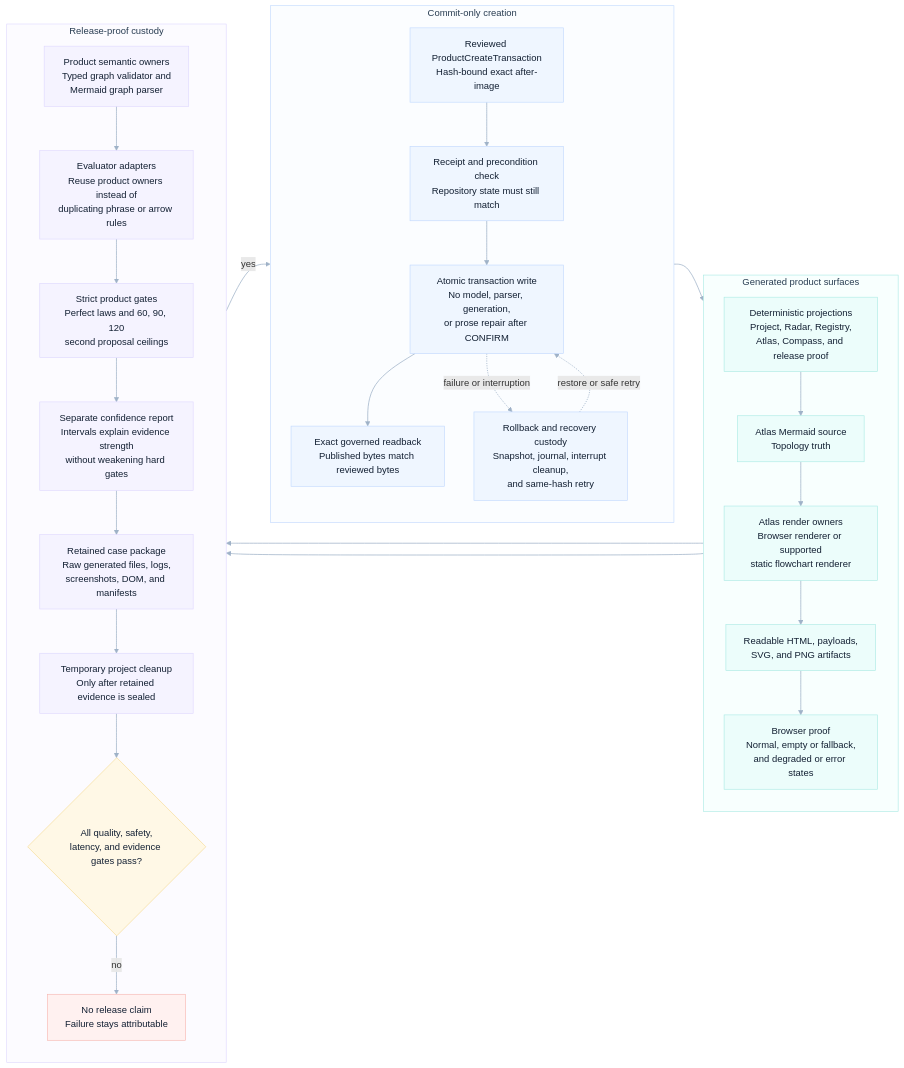
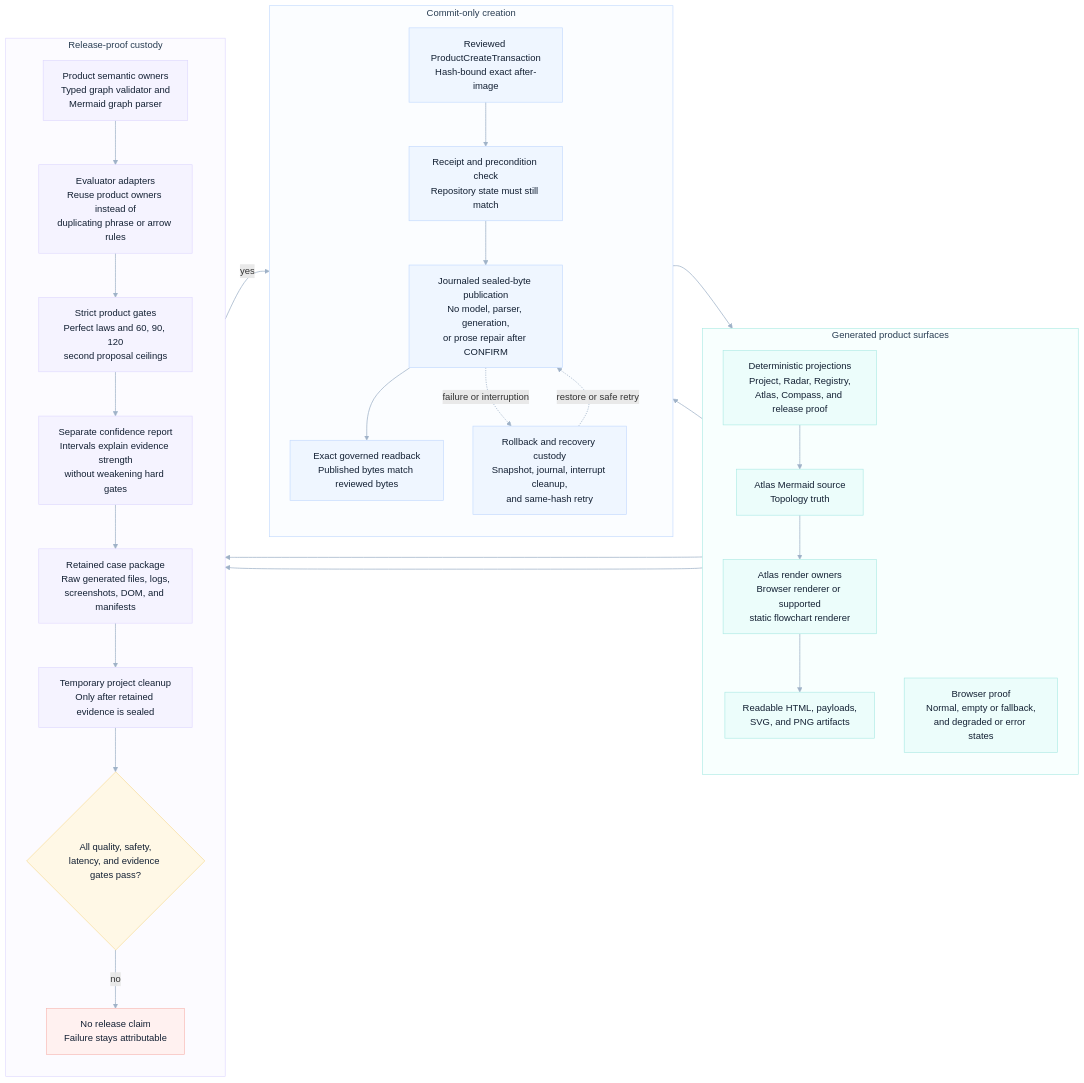
Before and after one commit to odylith/odylith: the diagram in odylith/atlas/source/greenfield-rendered-surface-and-static-atlas-custody.mmd, drawn with Mermaid. The commit also changed 138 other files, not shown here.

```diff
--- a/odylith/atlas/source/greenfield-rendered-surface-and-static-atlas-custody.mmd
+++ b/odylith/atlas/source/greenfield-rendered-surface-and-static-atlas-custody.mmd
@@ -1,56 +1,57 @@
 flowchart LR
     subgraph transaction_lane["Commit-only creation"]
       direction TB
       reviewed["Reviewed ProductCreateTransaction<br/>Hash-bound exact after-image"]
       preconditions["Receipt and precondition check<br/>Repository state must still match"]
-      write["Atomic transaction write<br/>No model, parser, generation,<br/>or prose repair after CONFIRM"]
+      write["Journaled sealed-byte publication<br/>No model, parser, generation,<br/>or prose repair after CONFIRM"]
       recovery["Rollback and recovery custody<br/>Snapshot, journal, interrupt cleanup,<br/>and same-hash retry"]
       readback["Exact governed readback<br/>Published bytes match reviewed bytes"]
     end
 
     subgraph surface_lane["Generated product surfaces"]
       direction TB
       projections["Deterministic projections<br/>Project, Radar, Registry,<br/>Atlas, Compass, and release proof"]
       atlas_source["Atlas Mermaid source<br/>Topology truth"]
       atlas_render["Atlas render owners<br/>Browser renderer or supported<br/>static flowchart renderer"]
       surfaces["Readable HTML, payloads,<br/>SVG, and PNG artifacts"]
       browser["Browser proof<br/>Normal, empty or fallback,<br/>and degraded or error states"]
     end
 
     subgraph evidence_lane["Release-proof custody"]
       direction TB
       product_parser["Product semantic owners<br/>Typed graph validator and<br/>Mermaid graph parser"]
       evaluator["Evaluator adapters<br/>Reuse product owners instead of<br/>duplicating phrase or arrow rules"]
       strict_gate["Strict product gates<br/>Perfect laws and 60, 90, 120<br/>second proposal ceilings"]
       confidence["Separate confidence report<br/>Intervals explain evidence strength<br/>without weakening hard gates"]
       retain["Retained case package<br/>Raw generated files, logs,<br/>screenshots, DOM, and manifests"]
       cleanup["Temporary project cleanup<br/>Only after retained evidence is sealed"]
       release{"All quality, safety,<br/>latency, and evidence gates pass?"}
       blocker["No release claim<br/>Failure stays attributable"]
     end
 
     reviewed --> preconditions --> write --> readback
     write -. "failure or interruption" .-> recovery
     recovery -. "restore or safe retry" .-> write
-    readback --> projections --> atlas_source --> atlas_render --> surfaces --> browser
+    projections --> atlas_source --> atlas_render --> surfaces --> reviewed
+    readback --> browser
     product_parser --> evaluator
     projections --> evaluator
     browser --> evaluator --> strict_gate --> confidence --> retain --> cleanup --> release
     release -- "no" --> blocker
     release -- "yes" --> reviewed
 
     classDef primary fill:#EFF6FF,stroke:#BFD7FE,color:#132033,stroke-width:1px;
     classDef execution fill:#ECFDFB,stroke:#A7E9E3,color:#132033,stroke-width:1px;
     classDef governance fill:#F5F3FF,stroke:#DDD6FE,color:#132033,stroke-width:1px;
     classDef constraint fill:#FFF8E6,stroke:#F6D98B,color:#132033,stroke-width:1px;
     classDef invalid fill:#FFF1F0,stroke:#F7B4AE,color:#132033,stroke-width:1px;
     class reviewed,preconditions,write,recovery,readback primary;
     class projections,atlas_source,atlas_render,surfaces,browser execution;
     class product_parser,evaluator,strict_gate,confidence,retain,cleanup governance;
     class release constraint;
     class blocker invalid;
 
     style transaction_lane fill:#FBFDFF,stroke:#BFD7FE,stroke-width:1px,color:#293D52
     style surface_lane fill:#F8FFFE,stroke:#A7E9E3,stroke-width:1px,color:#293D52
     style evidence_lane fill:#FCFBFF,stroke:#DDD6FE,stroke-width:1px,color:#293D52
     linkStyle default stroke:#9FB2C8,stroke-width:1.25px
```
